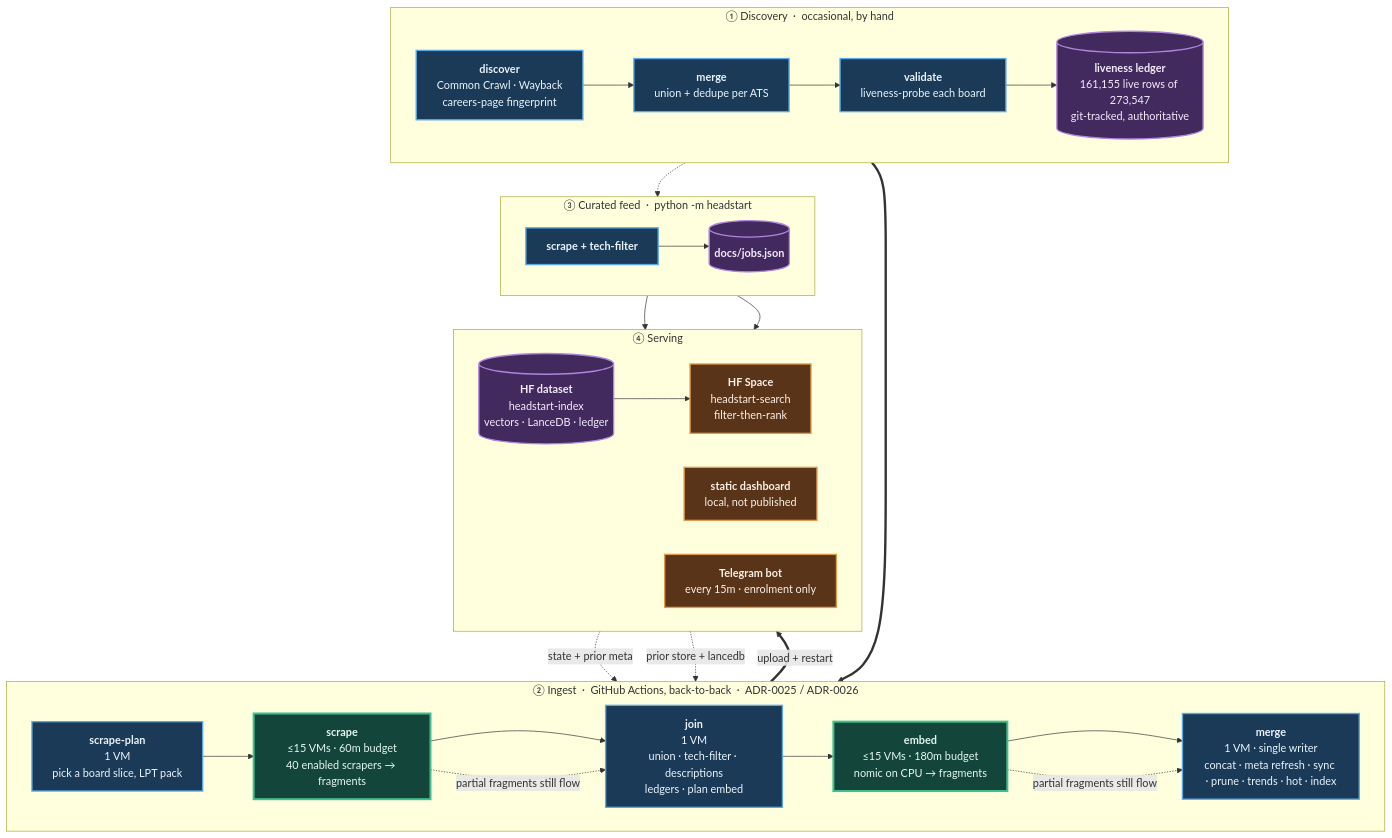
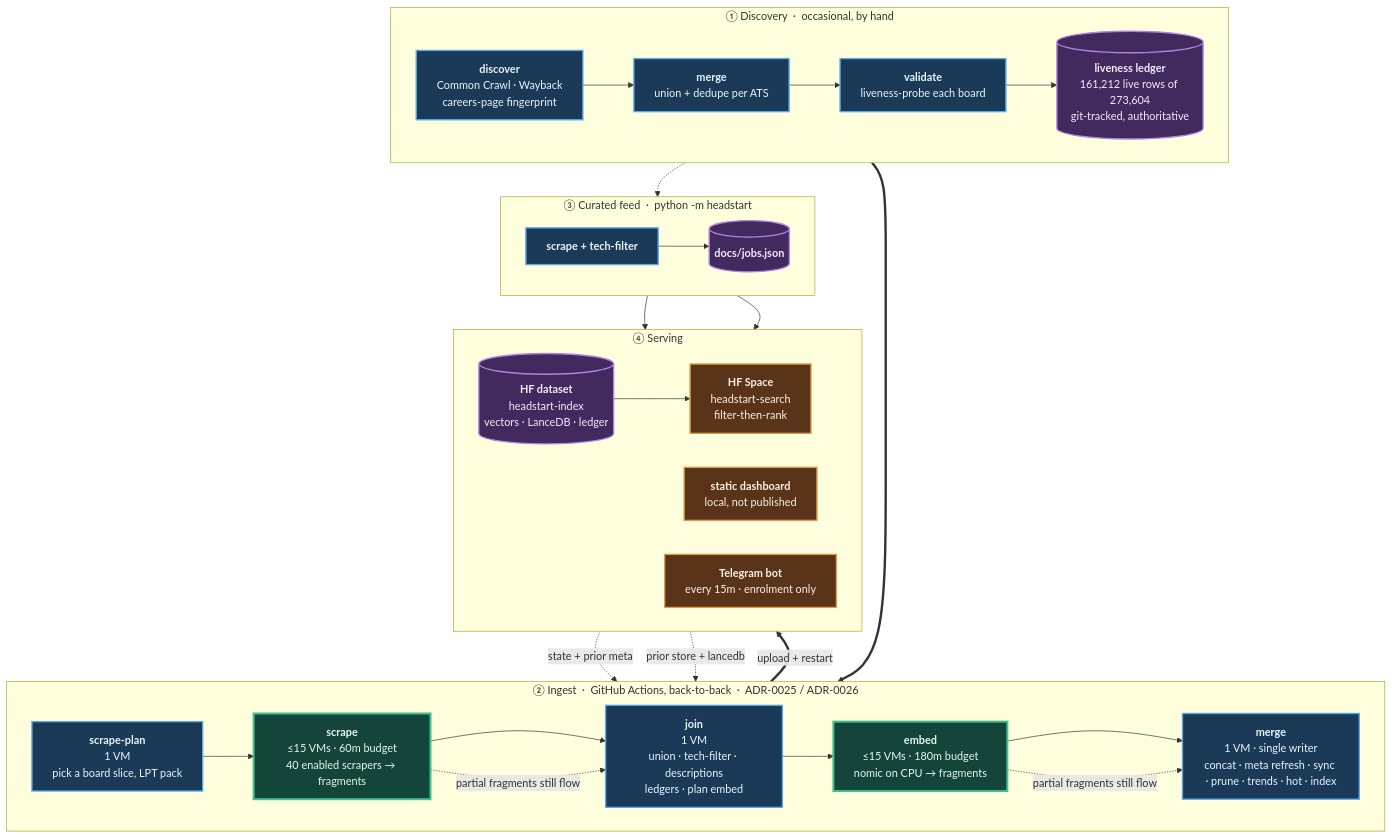
Before and after one commit to sarthakjain004/headstart: the diagram in README.md, drawn with Mermaid. The commit also changed other lines of this file and 4 other files, not shown here.

````diff
--- a/README.md
+++ b/README.md
@@ -171,56 +171,56 @@
 ```mermaid
 flowchart TB
     subgraph D["① Discovery &nbsp;·&nbsp; occasional, by hand"]
         direction LR
         D1["<b>discover</b><br/>Common Crawl · Wayback<br/>careers-page fingerprint"]
         D2["<b>merge</b><br/>union + dedupe per ATS"]
         D3["<b>validate</b><br/>liveness-probe each board"]
-        D4[("<b>liveness ledger</b><br/>161,155 live rows of 273,547<br/>git-tracked, authoritative")]
+        D4[("<b>liveness ledger</b><br/>161,212 live rows of 273,604<br/>git-tracked, authoritative")]
         D1 --> D2 --> D3 --> D4
     end
 
     subgraph P["② Ingest &nbsp;·&nbsp; GitHub Actions, back-to-back &nbsp;·&nbsp; ADR-0025 / ADR-0026"]
         direction LR
         P1["<b>scrape-plan</b><br/>1 VM<br/>pick a board slice, LPT pack"]
         P2["<b>scrape</b><br/>≤15 VMs · 60m budget<br/>40 enabled scrapers → fragments"]
         P3["<b>join</b><br/>1 VM<br/>union · tech-filter · descriptions<br/>ledgers · plan embed"]
         P4["<b>embed</b><br/>≤15 VMs · 180m budget<br/>nomic on CPU → fragments"]
         P5["<b>merge</b><br/>1 VM · single writer<br/>concat · meta refresh · sync · prune · trends · hot · index"]
         P1 --> P2 --> P3 --> P4 --> P5
     end
 
     subgraph F["③ Curated feed &nbsp;·&nbsp; python -m headstart"]
         direction LR
         F1["<b>scrape + tech-filter</b>"]
         F2[("<b>docs/jobs.json</b>")]
         F1 --> F2
     end
 
     subgraph S["④ Serving"]
         direction LR
         S1[("<b>HF dataset</b><br/>headstart-index<br/>vectors · LanceDB · ledger")]
         S2["<b>HF Space</b><br/>headstart-search<br/>filter-then-rank"]
         S3["<b>static dashboard</b><br/>local, not published"]
         S4["<b>Telegram bot</b><br/>every 15m · enrolment only"]
         S1 --> S2
     end
 
     D4 ==> P1
     S1 -. "state + prior meta" .-> P1
     S1 -. "prior store + lancedb" .-> P5
     D4 -.-> F1
     P5 ==>|"upload + restart"| S1
     F2 --> S3
     F2 --> S4
     P2 -. "partial fragments still flow" .-> P3
     P4 -. "partial fragments still flow" .-> P5
 
     classDef serial fill:#1b3a57,stroke:#5aa9e6,stroke-width:2px,color:#eaf4fc
     classDef fan fill:#14453a,stroke:#3fbf8f,stroke-width:3px,color:#e4f7f0
     classDef store fill:#42295e,stroke:#b184dd,stroke-width:2px,color:#f4ecfc
     classDef serve fill:#5a3418,stroke:#e09a4f,stroke-width:2px,color:#fbf1e6
     class D1,D2,D3,P1,P3,P5,F1 serial
     class P2,P4 fan
     class D4,F2,S1 store
     class S2,S3,S4 serve
 ```
````
